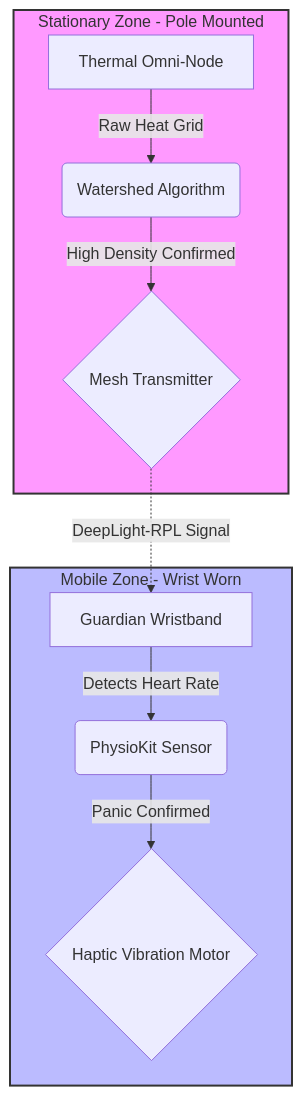
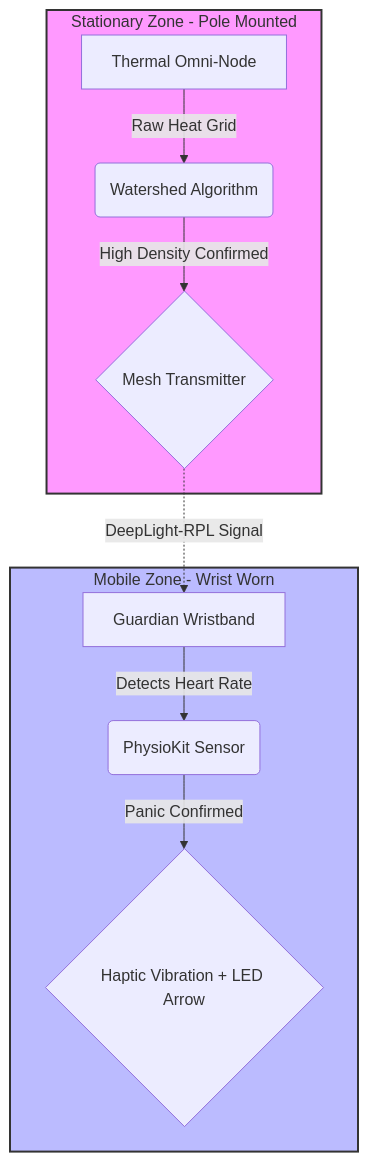
Before and after one commit to Xavesz/Crowd-OS-Decentralized-Safety-Grid-: the diagram in README.md, drawn with Mermaid. The commit also changed other lines of this file, not shown here.

````diff
--- a/README.md
+++ b/README.md
@@ -53,16 +61,16 @@
 ```mermaid
 graph TD
     subgraph INFRASTRUCTURE [Stationary Zone - Pole Mounted]
         A[Thermal Omni-Node] -->|Raw Heat Grid| B(Watershed Algorithm)
         B -->|High Density Confirmed| C{Mesh Transmitter}
     end
 
     subgraph WEARABLE [Mobile Zone - Wrist Worn]
         D[Guardian Wristband] -->|Detects Heart Rate| E(PhysioKit Sensor)
         C -.->|DeepLight-RPL Signal| D
-        E -->|Panic Confirmed| F{Haptic Vibration Motor}
+        E -->|Panic Confirmed| F{Haptic Vibration + LED Arrow}
     end
 
     style INFRASTRUCTURE fill:#f9f,stroke:#333,stroke-width:2px
     style WEARABLE fill:#bbf,stroke:#333,stroke-width:2px
 ```
````
